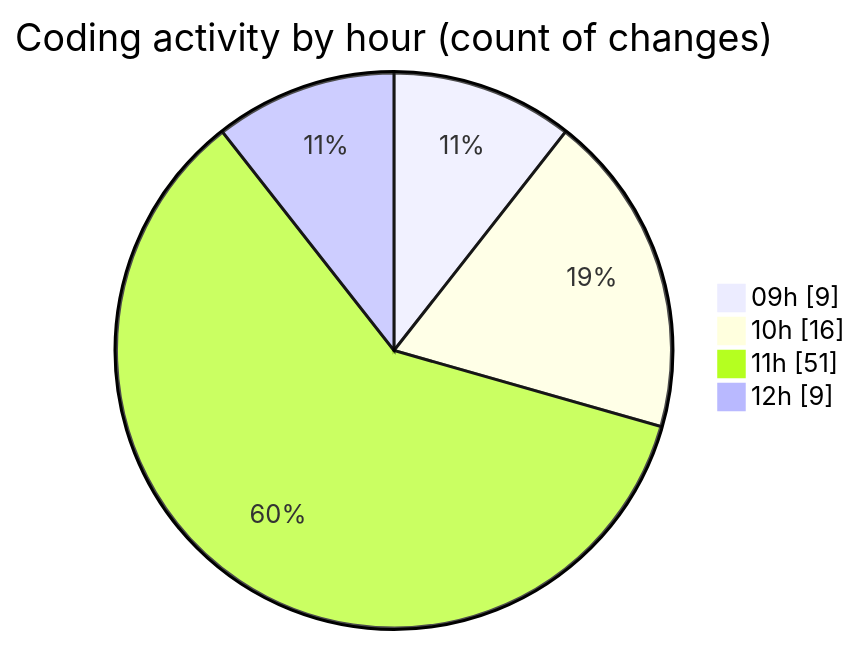
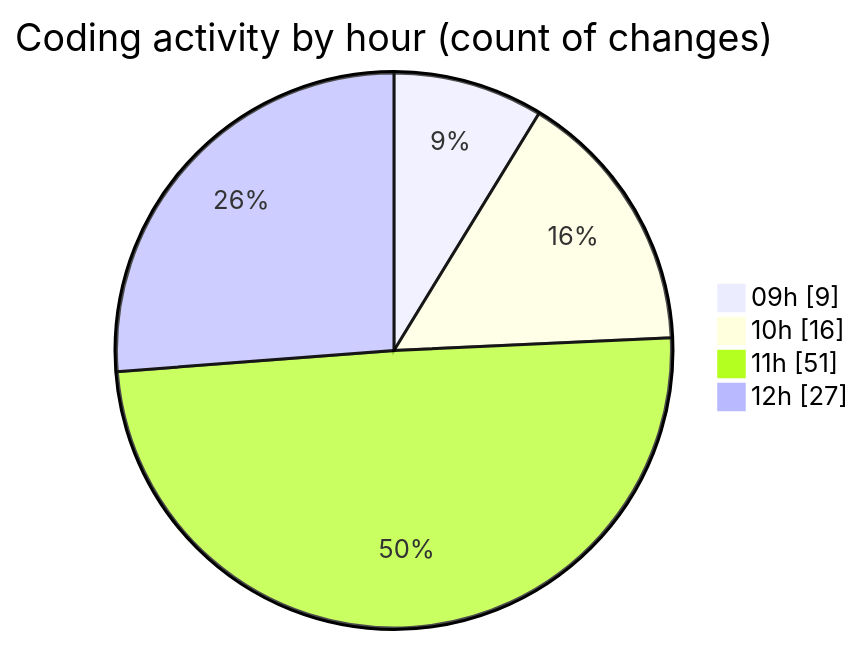
The second of 2 diagrams in 2026-09-10/cda/README.md (momahboobian/code-tracking), drawn with Mermaid before and after one commit. The commit also changed other lines of this file and 1 other file, not shown here.

````diff
--- a/2026-09-10/cda/README.md
+++ b/2026-09-10/cda/README.md
@@ -90,8 +102,8 @@
 ```mermaid
 pie showData
 title Coding activity by hour (count of changes)
 "09h" : 9
 "10h" : 16
 "11h" : 51
-"12h" : 9
+"12h" : 27
 ```
````
